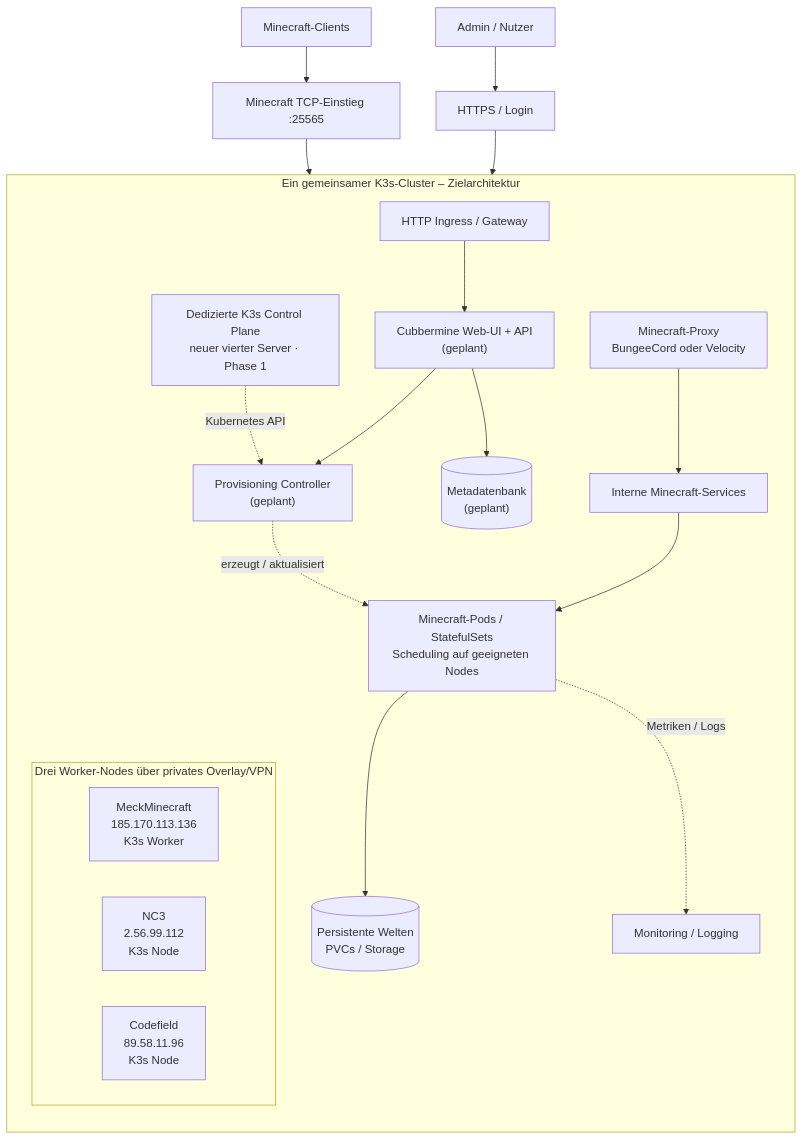
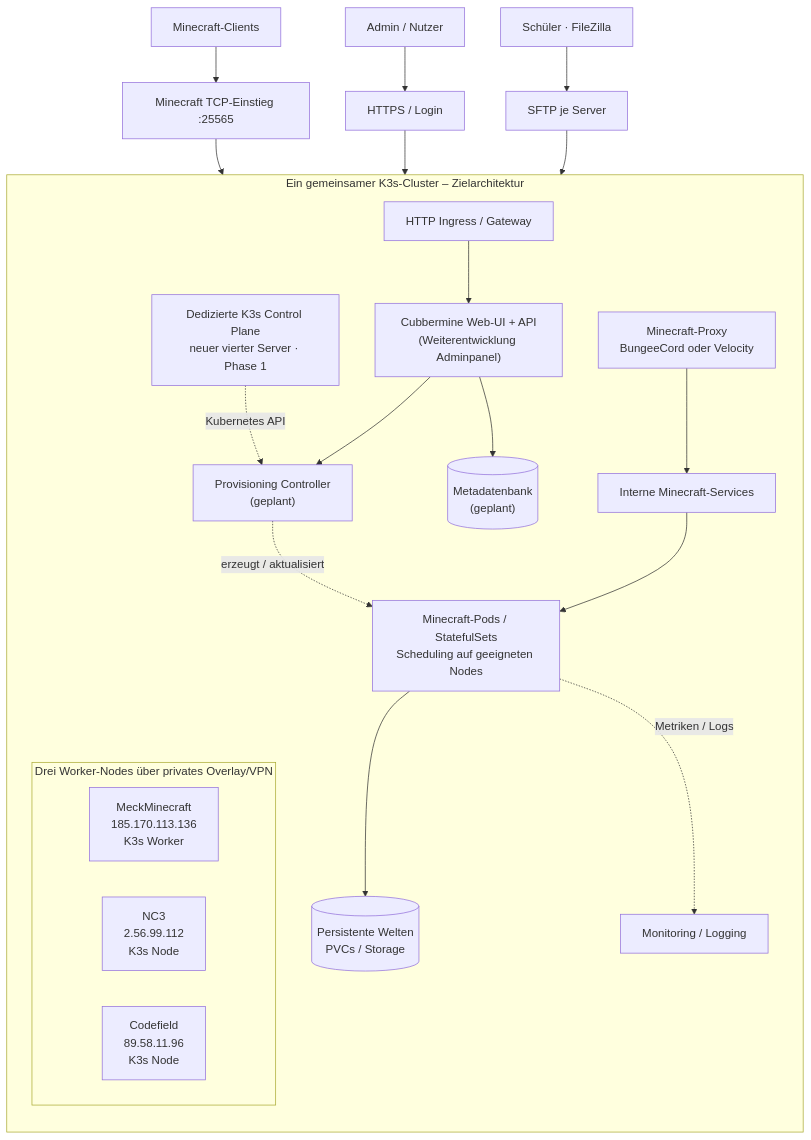
The third of 4 diagrams in architecture.md (cndrbrbr/cubbermine), drawn with Mermaid before and after one commit. The commit also changed other lines of this file, not shown here.

Commit message:
architecture: bestehendes Adminpanel, FileZilla-Zugang und aktuelle Container ergänzt

````diff
--- a/architecture.md
+++ b/architecture.md
@@ -78,35 +80,37 @@
 ```mermaid
 flowchart TB
     client["Minecraft-Clients"] --> tcp["Minecraft TCP-Einstieg :25565"]
     user["Admin / Nutzer"] --> https["HTTPS / Login"]
+    ftp["Schüler · FileZilla"] --> sftp["SFTP je Server"]
 
     subgraph cluster["Ein gemeinsamer K3s-Cluster – Zielarchitektur"]
       direction TB
       cp["Dedizierte K3s Control Plane<br/>neuer vierter Server · Phase 1"]
       ingress["HTTP Ingress / Gateway"]
-      app["Cubbermine Web-UI + API<br/>(geplant)"]
+      app["Cubbermine Web-UI + API<br/>(Weiterentwicklung Adminpanel)"]
       proxy["Minecraft-Proxy<br/>BungeeCord oder Velocity"]
       svc["Interne Minecraft-Services"]
       ctrl["Provisioning Controller<br/>(geplant)"]
       db[("Metadatenbank<br/>(geplant)")]
       cp -. "Kubernetes API" .-> ctrl
       ingress --> app
       app --> ctrl
       app --> db
       proxy --> svc
 
       subgraph nodes["Drei Worker-Nodes über privates Overlay/VPN"]
         direction LR
         n1["MeckMinecraft<br/>185.170.113.136<br/>K3s Worker"]
         n2["NC3<br/>2.56.99.112<br/>K3s Node"]
         n3["Codefield<br/>89.58.11.96<br/>K3s Node"]
       end
       svc --> pods["Minecraft-Pods / StatefulSets<br/>Scheduling auf geeigneten Nodes"]
       ctrl -. "erzeugt / aktualisiert" .-> pods
       pods --> pvcs[("Persistente Welten<br/>PVCs / Storage")]
       pods -. "Metriken / Logs" .-> obs["Monitoring / Logging"]
     end
 
     tcp --> proxy
     https --> ingress
+    sftp --> pods
 ```
````
